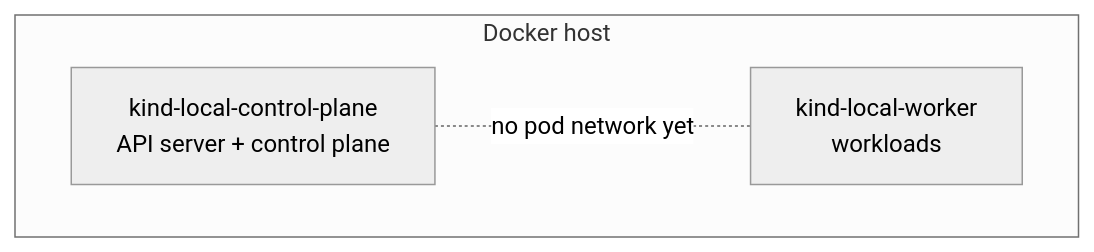
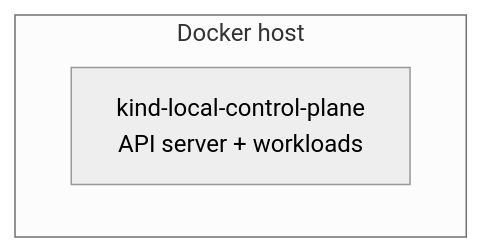
The second of 11 diagrams in kubernetes/kind/README.md (nickromney/platform), drawn with Mermaid (neutral theme) before and after one commit. The commit also changed other lines of this file and 41 other files, not shown here.

````diff
--- a/kubernetes/kind/README.md
+++ b/kubernetes/kind/README.md
@@ -365,8 +370,6 @@
 ```mermaid
 flowchart TB
     subgraph docker["Docker host"]
-        cp["kind-local-control-plane<br/>API server + control plane"]
-        wk["kind-local-worker<br/>workloads"]
+        cp["kind-local-control-plane<br/>API server + workloads"]
     end
-    cp -. "no pod network yet" .- wk
 ```
````
